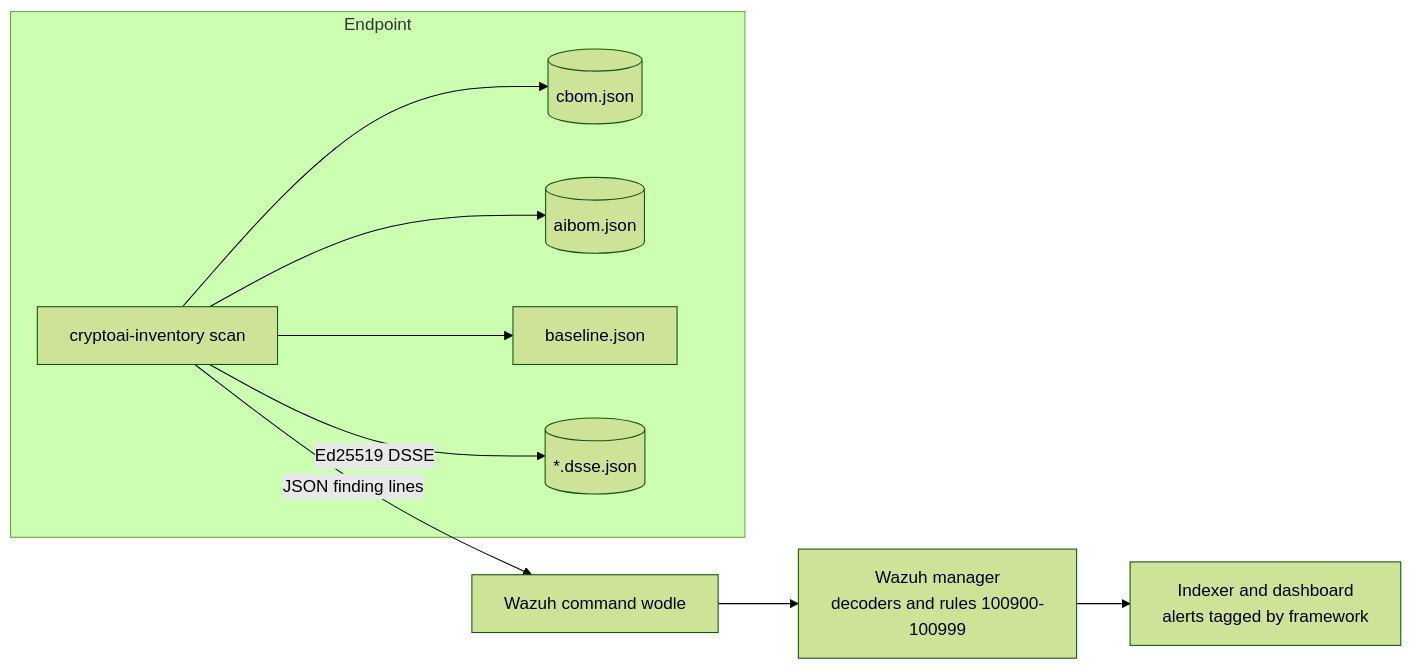
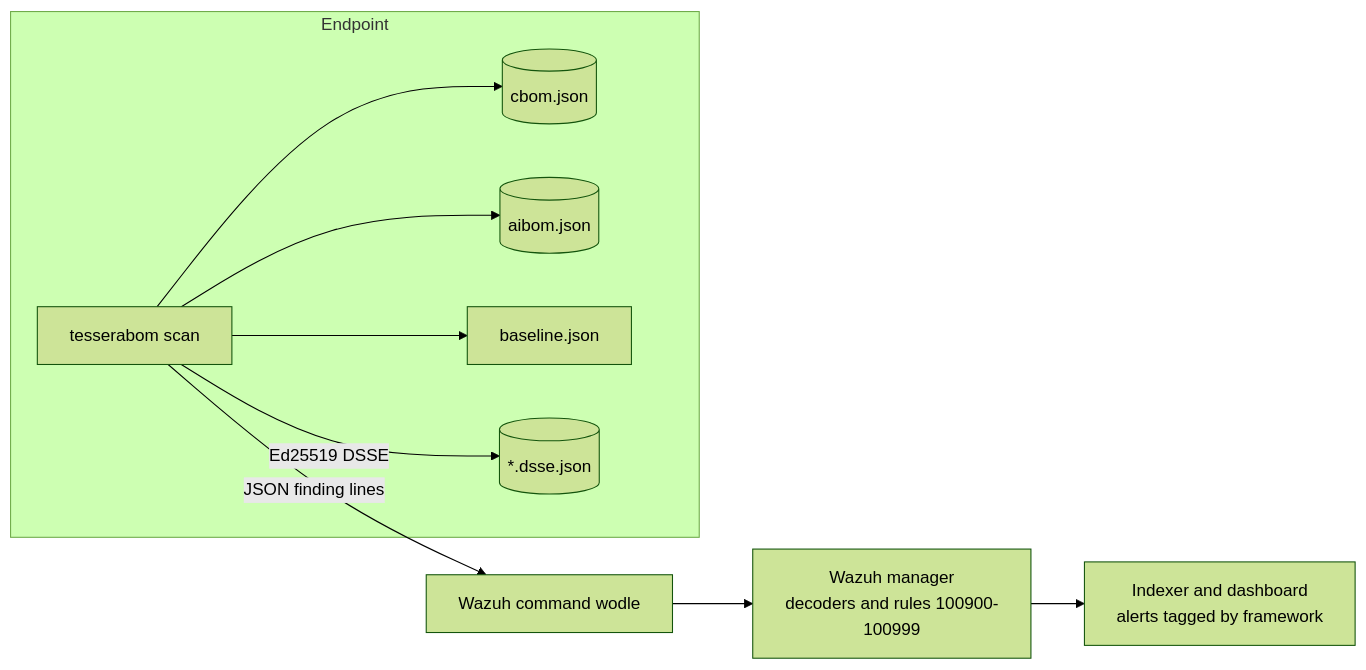
Before and after one commit to sunilgentyala/tesserabom: the diagram in README.md, drawn with Mermaid (forest theme). The commit also changed other lines of this file and 24 other files, not shown here.

````diff
--- a/README.md
+++ b/README.md
@@ -34,12 +34,12 @@
 ```mermaid
 flowchart LR
   subgraph Endpoint
-    A[cryptoai-inventory scan] --> B[(cbom.json)]
+    A[tesserabom scan] --> B[(cbom.json)]
     A --> C[(aibom.json)]
     A --> D[baseline.json]
     A -->|Ed25519 DSSE| E[(*.dsse.json)]
   end
   A -->|JSON finding lines| W[Wazuh command wodle]
   W --> M[Wazuh manager<br/>decoders and rules 100900-100999]
   M --> I[Indexer and dashboard<br/>alerts tagged by framework]
 ```
````
